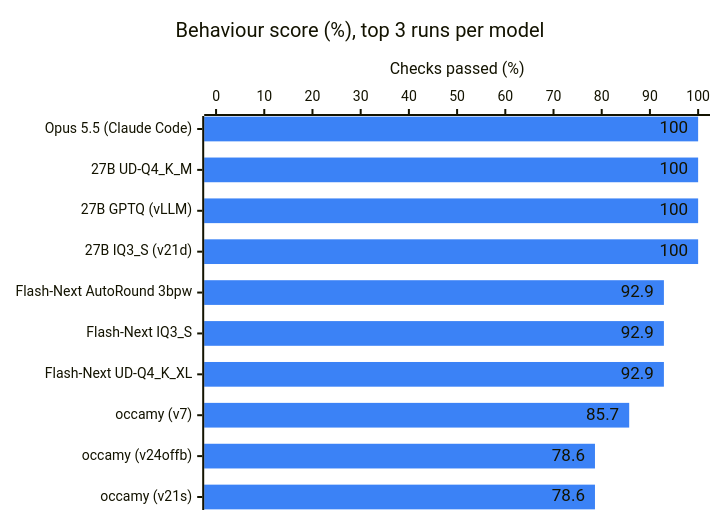
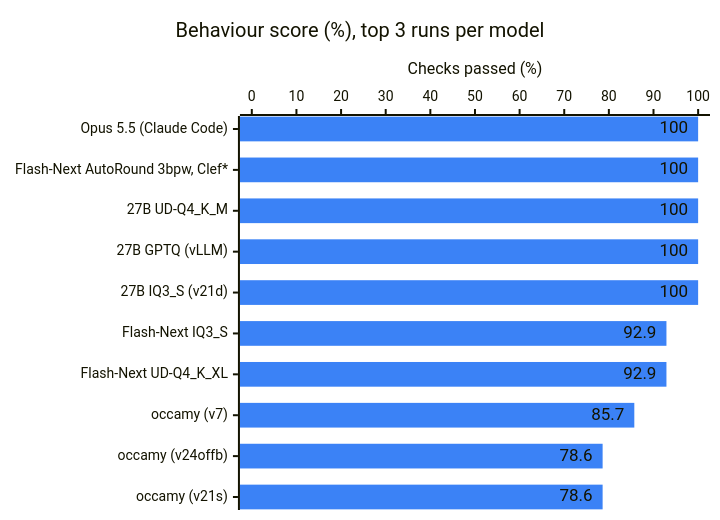
The first of 3 diagrams in docs/benchmarks.md (Prog-Ramen/Rameness), drawn with Mermaid before and after one commit. The commit also changed other lines of this file and 11 other files, not shown here.

First line of the commit message:
Clef-Flash as a swappable decision model; docs: architecture diagrams, Kev vs Clef, rescored results

````diff
--- a/docs/benchmarks.md
+++ b/docs/benchmarks.md
@@ -31,8 +42,8 @@
 ```mermaid
 %%{init: {"xyChart": {"showDataLabel": true}, "themeVariables": {"xyChart": {"plotColorPalette": "#3b82f6"}}}}%%
 xychart-beta horizontal
     title "Behaviour score (%), top 3 runs per model"
-    x-axis ["Opus 5.5 (Claude Code)", "27B UD-Q4_K_M", "27B GPTQ (vLLM)", "27B IQ3_S (v21d)", "Flash-Next AutoRound 3bpw", "Flash-Next IQ3_S", "Flash-Next UD-Q4_K_XL", "occamy (v7)", "occamy (v24offb)", "occamy (v21s)"]
+    x-axis ["Opus 5.5 (Claude Code)", "Flash-Next AutoRound 3bpw, Clef*", "27B UD-Q4_K_M", "27B GPTQ (vLLM)", "27B IQ3_S (v21d)", "Flash-Next IQ3_S", "Flash-Next UD-Q4_K_XL", "occamy (v7)", "occamy (v24offb)", "occamy (v21s)"]
     y-axis "Checks passed (%)" 0 --> 100
-    bar [100, 100, 100, 100, 92.9, 92.9, 92.9, 85.7, 78.6, 78.6]
+    bar [100, 100, 100, 100, 100, 92.9, 92.9, 85.7, 78.6, 78.6]
 ```
````
